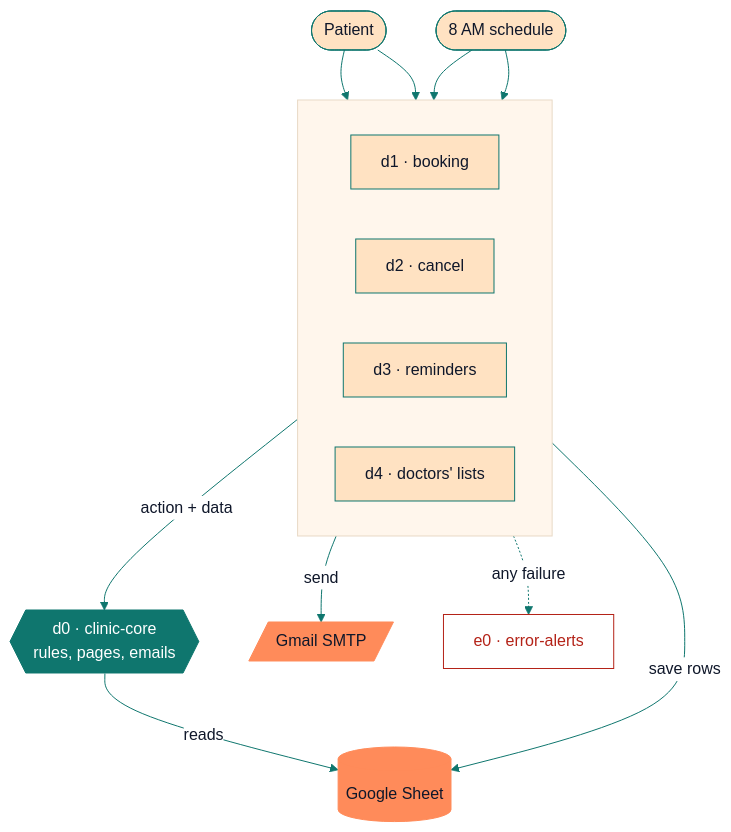
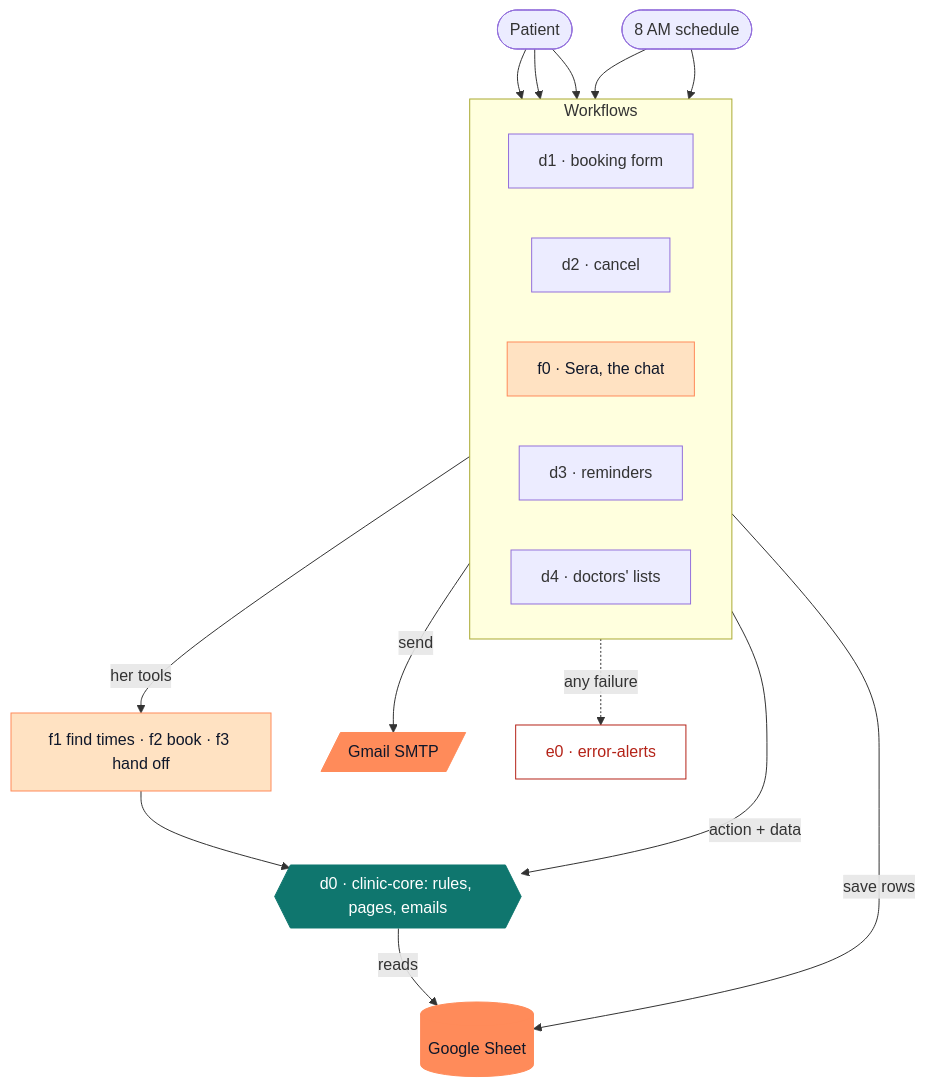
The first of 2 diagrams in README.md (Mohib-Ur-Rehman-automation/clinic-booking-n8n), drawn with Mermaid before and after one commit. The commit also changed other lines of this file and 4 other files, not shown here.

````diff
--- a/README.md
+++ b/README.md
@@ -39,24 +40,28 @@
 ```mermaid
-%%{init: {'theme':'base','themeVariables':{'primaryColor':'#FFE2C2','primaryTextColor':'#0F172A','primaryBorderColor':'#0F766E','lineColor':'#0F766E','clusterBkg':'#FFF6EC','clusterBorder':'#E8D9C6','edgeLabelBackground':'#FFFFFF'}}}%%
 flowchart TB
-  P([Patient]) --> D1 & D2
-  C([8 AM schedule]) --> D3 & D4
-  subgraph W [" "]
+  P(["Patient"]) --> D1 & D2 & F0
+  C(["8 AM schedule"]) --> D3 & D4
+  subgraph W [Workflows]
     direction LR
-    D1[d1 · booking]
-    D2[d2 · cancel]
-    D3[d3 · reminders]
-    D4[d4 · doctors' lists]
+    D1["d1 · booking form"]
+    D2["d2 · cancel"]
+    D3["d3 · reminders"]
+    D4["d4 · doctors' lists"]
+    F0["f0 · Sera, the chat"]
   end
-  W -->|"action + data"| D0{{"d0 · clinic-core<br/>rules, pages, emails"}}
-  D0 -->|reads| S[(Google Sheet)]
+  F0 -->|"her tools"| T["f1 find times · f2 book · f3 hand off"]
+  W -->|"action + data"| D0{{"d0 · clinic-core: rules, pages, emails"}}
+  T --> D0
+  D0 -->|"reads"| S[("Google Sheet")]
   W -->|"save rows"| S
-  W -->|send| M[/Gmail SMTP/]
-  W -. "any failure" .-> E0[e0 · error-alerts]
+  W -->|"send"| M[/"Gmail SMTP"/]
+  W -.->|"any failure"| E0["e0 · error-alerts"]
   classDef core fill:#0F766E,color:#FFFFFF,stroke:#0F766E;
+  classDef sera fill:#FFE2C2,color:#0F172A,stroke:#FF8B5A;
   classDef ext fill:#FF8B5A,color:#0F172A,stroke:#FF8B5A;
   classDef err fill:#FFFFFF,color:#B42318,stroke:#B42318;
   class D0 core
+  class F0,T sera
   class S,M ext
   class E0 err
 ```
````
